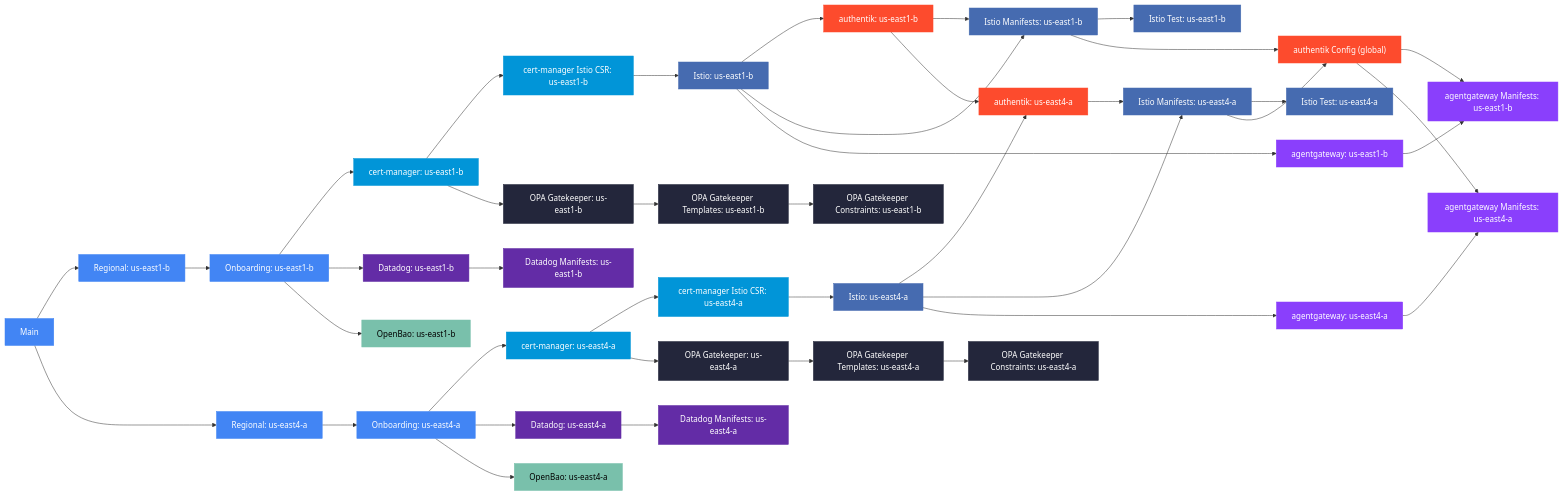
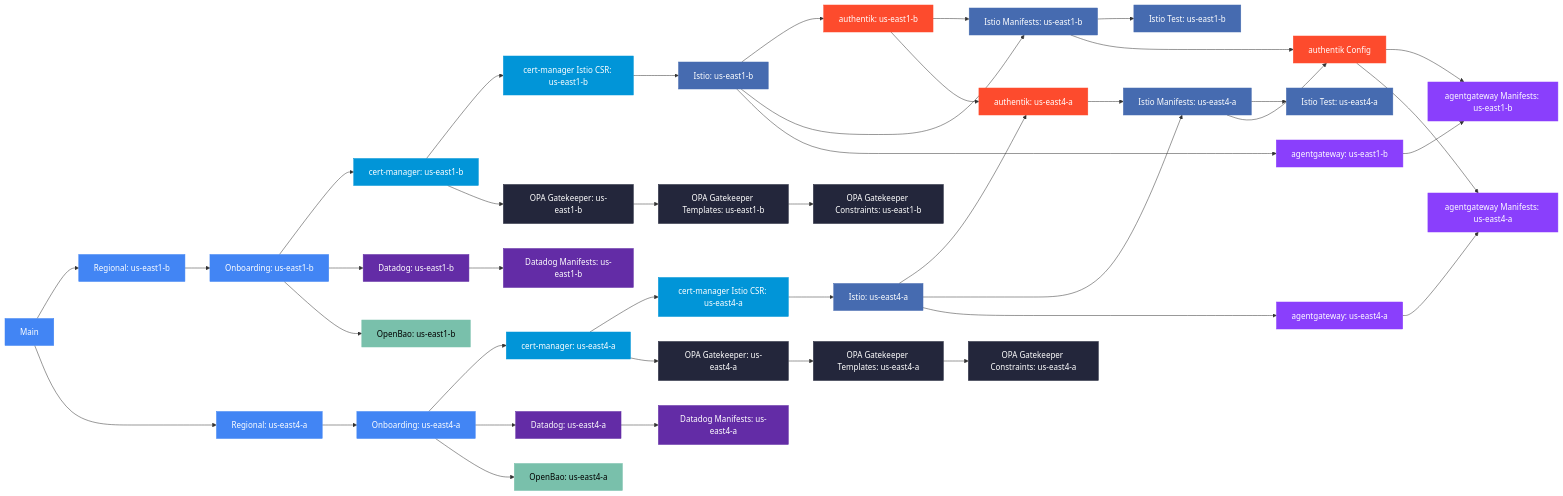
Before and after one commit to osinfra-io/pt-pneuma: the diagram in README.md, drawn with Mermaid.

Commit message:
Match authentik Config graph label to workflow job name

````diff
--- a/README.md
+++ b/README.md
@@ -44,55 +44,55 @@
 ```mermaid
 flowchart LR
     classDef gke fill:#4285F4,stroke:#4285F4,color:#fff
     classDef certmanager fill:#0195D8,stroke:#0195D8,color:#fff
     classDef istio fill:#466BB0,stroke:#466BB0,color:#fff
     classDef datadog fill:#632CA6,stroke:#632CA6,color:#fff
     classDef opa fill:#23263B,stroke:#23263B,color:#fff
     classDef authentik fill:#FD4B2D,stroke:#FD4B2D,color:#fff
     classDef agentgateway fill:#8A3FFC,stroke:#8A3FFC,color:#fff
     classDef openbao fill:#79C0AB,stroke:#79C0AB,color:#000
 
     main["Main"]:::gke
 
     main --> z1_regional["Regional: us-east1-b"]:::gke
     z1_regional --> z1_onboarding["Onboarding: us-east1-b"]:::gke
     z1_onboarding --> z1_cert_manager["cert-manager: us-east1-b"]:::certmanager
     z1_onboarding --> z1_datadog["Datadog: us-east1-b"]:::datadog
     z1_onboarding --> z1_openbao["OpenBao: us-east1-b"]:::openbao
     z1_cert_manager --> z1_cert_manager_istio_csr["cert-manager Istio CSR: us-east1-b"]:::certmanager
     z1_cert_manager --> z1_opa_gatekeeper["OPA Gatekeeper: us-east1-b"]:::opa
     z1_cert_manager_istio_csr --> z1_istio["Istio: us-east1-b"]:::istio
     z1_istio --> z1_authentik["authentik: us-east1-b"]:::authentik
     z1_istio --> z1_istio_manifests["Istio Manifests: us-east1-b"]:::istio
     z1_authentik --> z1_istio_manifests
     z1_istio_manifests --> z1_istio_test["Istio Test: us-east1-b"]:::istio
     z1_istio --> z1_agentgateway["agentgateway: us-east1-b"]:::agentgateway
     z1_agentgateway --> z1_agentgateway_manifests["agentgateway Manifests: us-east1-b"]:::agentgateway
     authentik_config --> z1_agentgateway_manifests
     z1_datadog --> z1_datadog_manifests["Datadog Manifests: us-east1-b"]:::datadog
     z1_opa_gatekeeper --> z1_opa_templates["OPA Gatekeeper Templates: us-east1-b"]:::opa
     z1_opa_templates --> z1_opa_constraints["OPA Gatekeeper Constraints: us-east1-b"]:::opa
 
     main --> z2_regional["Regional: us-east4-a"]:::gke
     z2_regional --> z2_onboarding["Onboarding: us-east4-a"]:::gke
     z2_onboarding --> z2_cert_manager["cert-manager: us-east4-a"]:::certmanager
     z2_onboarding --> z2_datadog["Datadog: us-east4-a"]:::datadog
     z2_onboarding --> z2_openbao["OpenBao: us-east4-a"]:::openbao
     z2_cert_manager --> z2_cert_manager_istio_csr["cert-manager Istio CSR: us-east4-a"]:::certmanager
     z2_cert_manager --> z2_opa_gatekeeper["OPA Gatekeeper: us-east4-a"]:::opa
     z2_cert_manager_istio_csr --> z2_istio["Istio: us-east4-a"]:::istio
     z1_authentik --> z2_authentik["authentik: us-east4-a"]:::authentik
     z2_istio --> z2_authentik
     z2_istio --> z2_istio_manifests["Istio Manifests: us-east4-a"]:::istio
     z2_authentik --> z2_istio_manifests
     z2_istio_manifests --> z2_istio_test["Istio Test: us-east4-a"]:::istio
     z2_istio --> z2_agentgateway["agentgateway: us-east4-a"]:::agentgateway
     z2_agentgateway --> z2_agentgateway_manifests["agentgateway Manifests: us-east4-a"]:::agentgateway
     authentik_config --> z2_agentgateway_manifests
     z2_datadog --> z2_datadog_manifests["Datadog Manifests: us-east4-a"]:::datadog
     z2_opa_gatekeeper --> z2_opa_templates["OPA Gatekeeper Templates: us-east4-a"]:::opa
     z2_opa_templates --> z2_opa_constraints["OPA Gatekeeper Constraints: us-east4-a"]:::opa
 
-    z1_istio_manifests --> authentik_config["authentik Config (global)"]:::authentik
+    z1_istio_manifests --> authentik_config["authentik Config"]:::authentik
     z2_istio_manifests --> authentik_config
 ```
````
